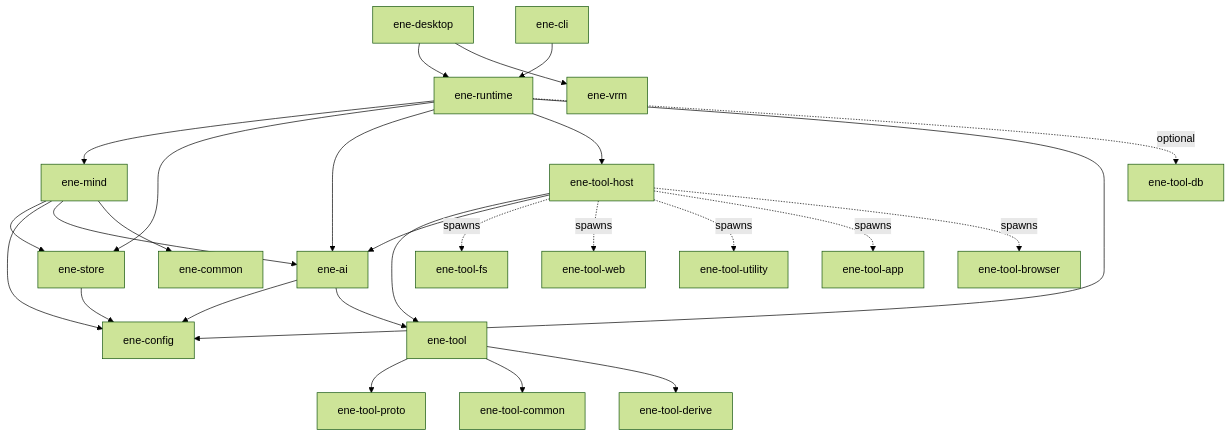
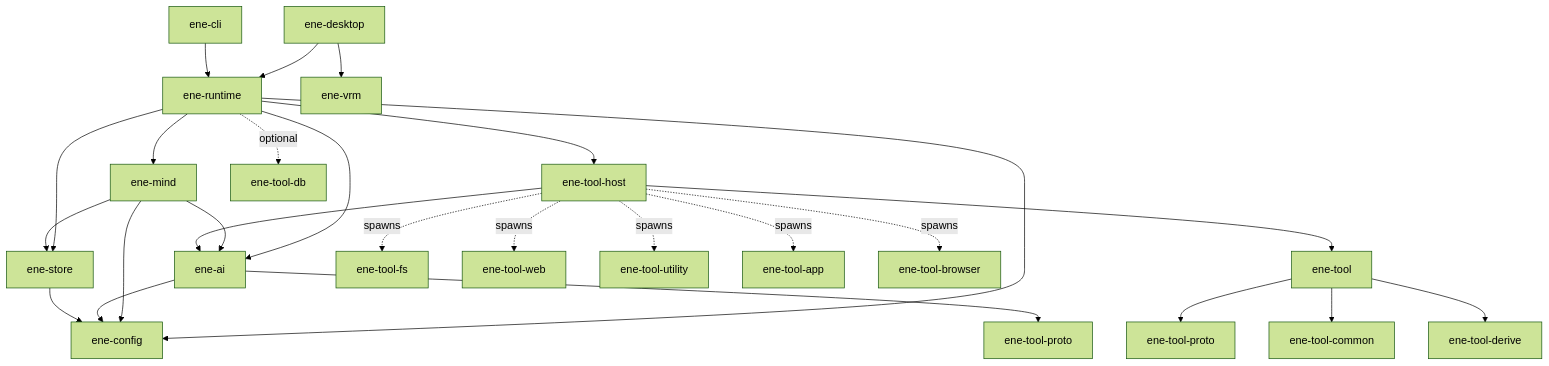
One commit to pexisgle/ene changed the diagram in docs/api/index.md. Above: the diagram before and after it, drawn with Mermaid (forest theme). The commit also changed other lines of this file and 65 other files, not shown here.

````diff
--- a/docs/api/index.md
+++ b/docs/api/index.md
@@ -46,34 +46,33 @@
 ```mermaid
 flowchart TD
   Desktop[ene-desktop] --> Runtime[ene-runtime]
   Desktop --> Vrm[ene-vrm]
   CLI[ene-cli] --> Runtime
 
   Runtime --> Mind[ene-mind]
   Runtime --> Store[ene-store]
   Runtime --> Ai[ene-ai]
   Runtime --> ToolHost[ene-tool-host]
   Runtime --> Config[ene-config]
   Runtime -.optional.-> ToolDb[ene-tool-db]
 
   Mind --> Store
   Mind --> Config
   Mind --> Ai
-  Mind --> Common[ene-common]
 
   ToolHost --> Tool[ene-tool]
   ToolHost --> Ai
   Ai --> Config
-  Ai --> Tool
+  Ai --> ToolProto[ene-tool-proto]
   Store --> Config
 
   Tool --> Proto[ene-tool-proto]
   Tool --> CommonTool[ene-tool-common]
   Tool --> Derive[ene-tool-derive]
 
   ToolHost -.spawns.-> ToolFs[ene-tool-fs]
   ToolHost -.spawns.-> ToolWeb[ene-tool-web]
   ToolHost -.spawns.-> ToolUtil[ene-tool-utility]
   ToolHost -.spawns.-> ToolApp[ene-tool-app]
   ToolHost -.spawns.-> ToolBrowser[ene-tool-browser]
 ```
````
